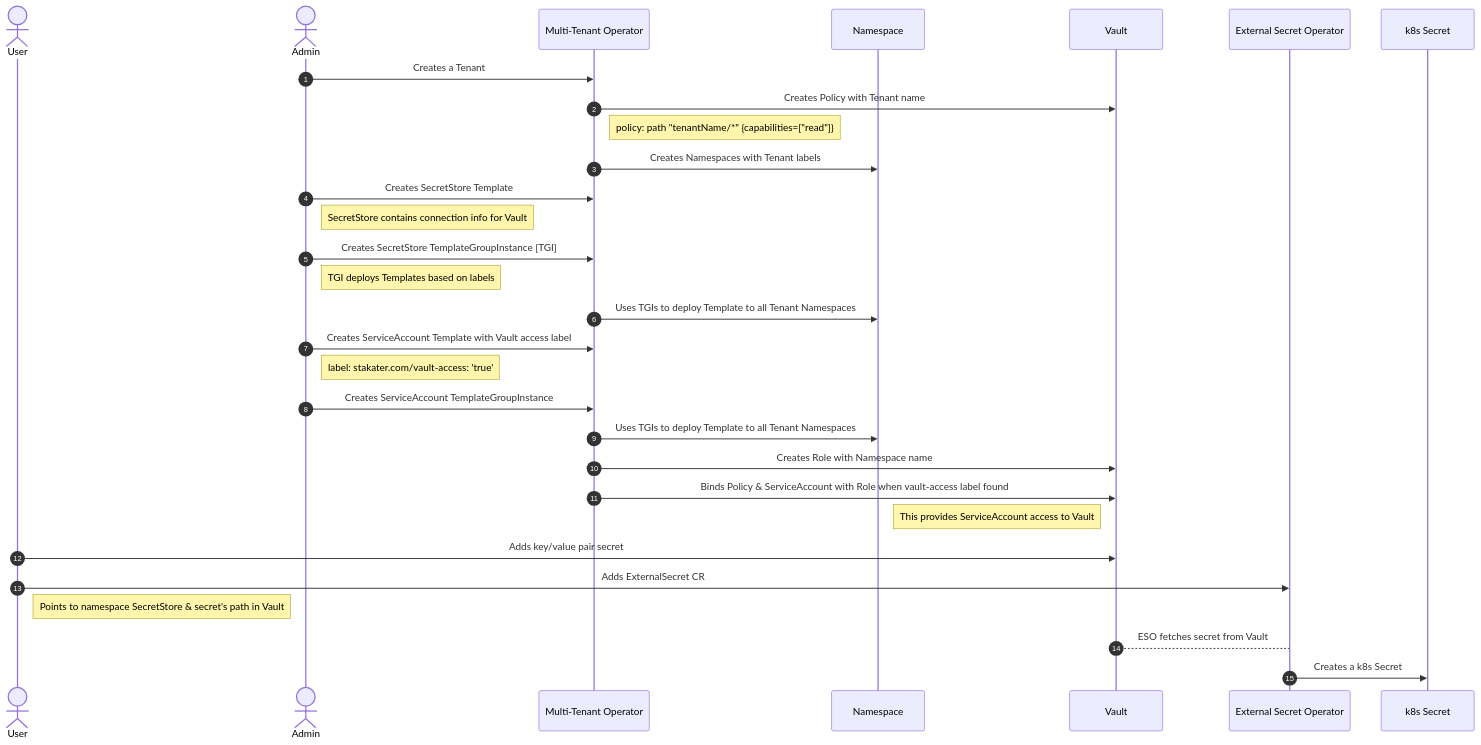
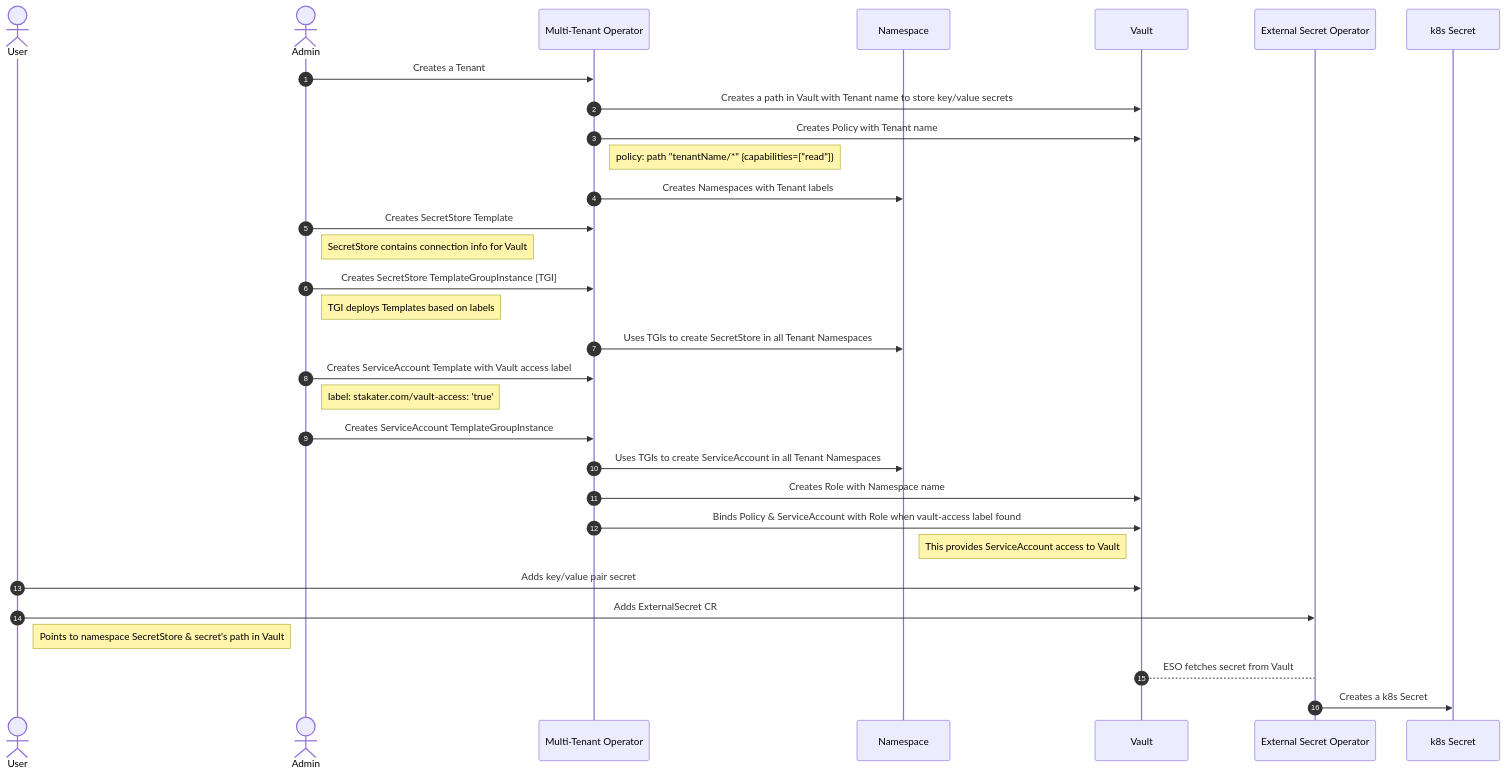
Before and after one commit to rht-labs/tech-exercise: the diagram in docs/6-secret-management-in-saap/6-secret-management.md, drawn with Mermaid.

Commit message:
update sequence diagram

````diff
--- a/docs/6-secret-management-in-saap/6-secret-management.md
+++ b/docs/6-secret-management-in-saap/6-secret-management.md
@@ -9,32 +9,33 @@
 ```mermaid
 sequenceDiagram
     autonumber
     actor User
     actor Admin
     participant MTO as Multi-Tenant Operator
     participant Namespace
     participant Vault
     participant ESO as External Secret Operator
     participant k8s Secret
     Admin->>MTO: Creates a Tenant
+    MTO->>Vault: Creates a path in Vault with Tenant name to store key/value secrets
     MTO->>Vault: Creates Policy with Tenant name
     Note right of MTO: policy: path "tenantName/*" {capabilities=["read"]}
     MTO->>Namespace: Creates Namespaces with Tenant labels
     Admin->>MTO: Creates SecretStore Template
     Note right of Admin: SecretStore contains connection info for Vault
     Admin->>MTO: Creates SecretStore TemplateGroupInstance [TGI]
     Note right of Admin: TGI deploys Templates based on labels
-    MTO->>Namespace: Uses TGIs to deploy Template to all Tenant Namespaces
+    MTO->>Namespace: Uses TGIs to create SecretStore in all Tenant Namespaces
     Admin->>MTO: Creates ServiceAccount Template with Vault access label
     Note right of Admin: label: stakater.com/vault-access: 'true'
     Admin->>MTO: Creates ServiceAccount TemplateGroupInstance
-    MTO->>Namespace: Uses TGIs to deploy Template to all Tenant Namespaces
+    MTO->>Namespace: Uses TGIs to create ServiceAccount in all Tenant Namespaces
     MTO->>Vault: Creates Role with Namespace name
     MTO->>Vault: Binds Policy & ServiceAccount with Role when vault-access label found
     Note left of Vault: This provides ServiceAccount access to Vault
     User->>Vault: Adds key/value pair secret
     User->>ESO: Adds ExternalSecret CR
     Note right of User: Points to namespace SecretStore & secret's path in Vault
     Vault-->ESO: ESO fetches secret from Vault
     ESO->>k8s Secret: Creates a k8s Secret
 ```
````
